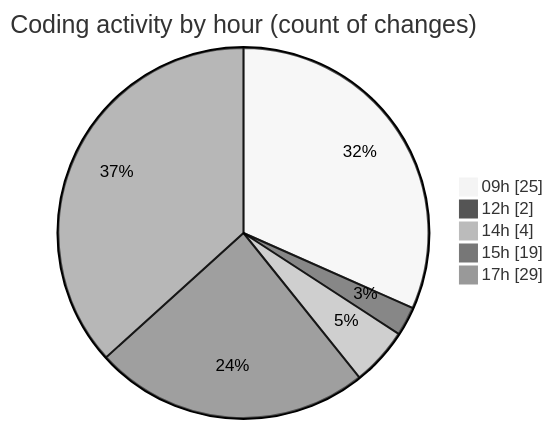
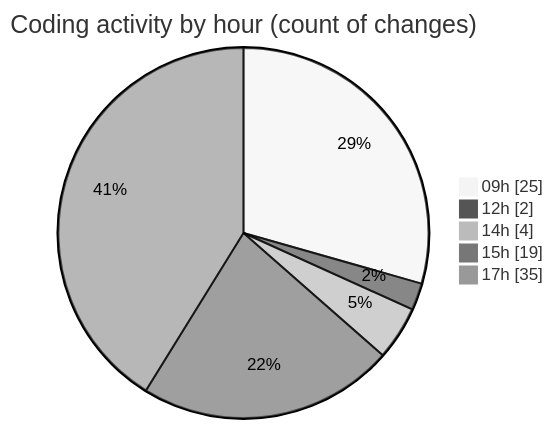
Before and after one commit to julien-gomy/code-tracking: the second of 2 diagrams in 2025-11-12/eventscop-frontend-guide__workspace_/README.md, drawn with Mermaid (neutral theme). The commit also changed other lines of this file and 1 other file, not shown here.

````diff
--- a/2025-11-12/eventscop-frontend-guide__workspace_/README.md
+++ b/2025-11-12/eventscop-frontend-guide__workspace_/README.md
@@ -51,9 +54,9 @@
 ```mermaid
 pie showData
 title Coding activity by hour (count of changes)
 "09h" : 25
 "12h" : 2
 "14h" : 4
 "15h" : 19
-"17h" : 29
+"17h" : 35
 ```
````
